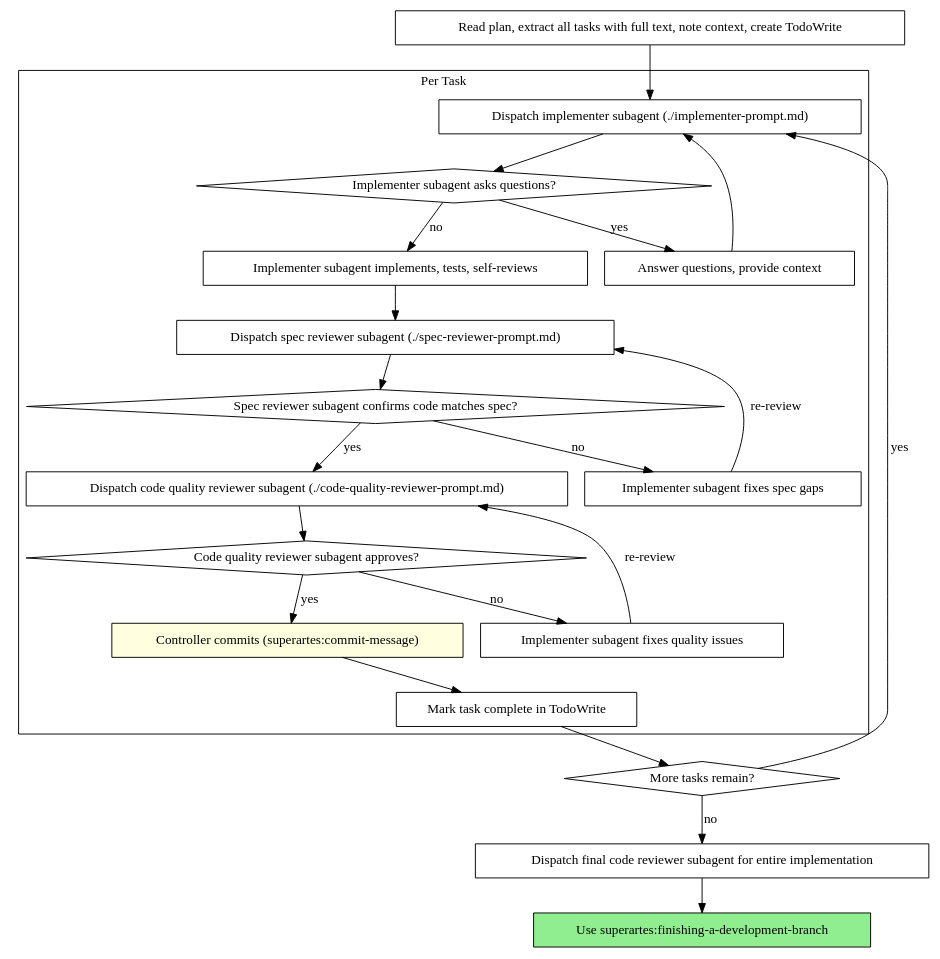
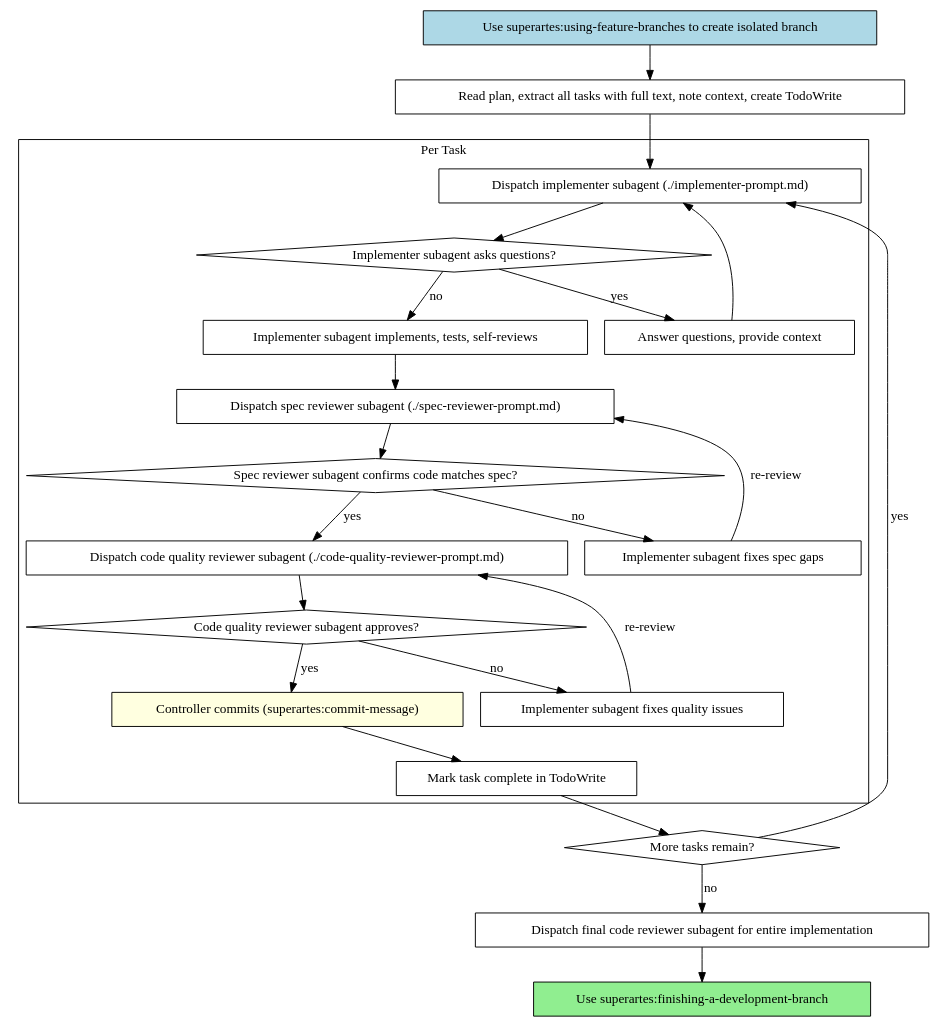
The second of 2 diagrams in skills/subagent-driven-development/SKILL.md (andybrandt/superartes), drawn with Graphviz before and after one commit. The commit also changed other lines of this file and 13 other files, not shown here.

````diff
--- a/skills/subagent-driven-development/SKILL.md
+++ b/skills/subagent-driven-development/SKILL.md
@@ -44,46 +44,48 @@
 ```dot
 digraph process {
     rankdir=TB;
 
     subgraph cluster_per_task {
         label="Per Task";
         "Dispatch implementer subagent (./implementer-prompt.md)" [shape=box];
         "Implementer subagent asks questions?" [shape=diamond];
         "Answer questions, provide context" [shape=box];
         "Implementer subagent implements, tests, self-reviews" [shape=box];
         "Dispatch spec reviewer subagent (./spec-reviewer-prompt.md)" [shape=box];
         "Spec reviewer subagent confirms code matches spec?" [shape=diamond];
         "Implementer subagent fixes spec gaps" [shape=box];
         "Dispatch code quality reviewer subagent (./code-quality-reviewer-prompt.md)" [shape=box];
         "Code quality reviewer subagent approves?" [shape=diamond];
         "Implementer subagent fixes quality issues" [shape=box];
         "Controller commits (superartes:commit-message)" [shape=box style=filled fillcolor=lightyellow];
         "Mark task complete in TodoWrite" [shape=box];
     }
 
+    "Use superartes:using-feature-branches to create isolated branch" [shape=box style=filled fillcolor=lightblue];
     "Read plan, extract all tasks with full text, note context, create TodoWrite" [shape=box];
     "More tasks remain?" [shape=diamond];
     "Dispatch final code reviewer subagent for entire implementation" [shape=box];
     "Use superartes:finishing-a-development-branch" [shape=box style=filled fillcolor=lightgreen];
 
+    "Use superartes:using-feature-branches to create isolated branch" -> "Read plan, extract all tasks with full text, note context, create TodoWrite";
     "Read plan, extract all tasks with full text, note context, create TodoWrite" -> "Dispatch implementer subagent (./implementer-prompt.md)";
     "Dispatch implementer subagent (./implementer-prompt.md)" -> "Implementer subagent asks questions?";
     "Implementer subagent asks questions?" -> "Answer questions, provide context" [label="yes"];
     "Answer questions, provide context" -> "Dispatch implementer subagent (./implementer-prompt.md)";
     "Implementer subagent asks questions?" -> "Implementer subagent implements, tests, self-reviews" [label="no"];
     "Implementer subagent implements, tests, self-reviews" -> "Dispatch spec reviewer subagent (./spec-reviewer-prompt.md)";
     "Dispatch spec reviewer subagent (./spec-reviewer-prompt.md)" -> "Spec reviewer subagent confirms code matches spec?";
     "Spec reviewer subagent confirms code matches spec?" -> "Implementer subagent fixes spec gaps" [label="no"];
     "Implementer subagent fixes spec gaps" -> "Dispatch spec reviewer subagent (./spec-reviewer-prompt.md)" [label="re-review"];
     "Spec reviewer subagent confirms code matches spec?" -> "Dispatch code quality reviewer subagent (./code-quality-reviewer-prompt.md)" [label="yes"];
     "Dispatch code quality reviewer subagent (./code-quality-reviewer-prompt.md)" -> "Code quality reviewer subagent approves?";
     "Code quality reviewer subagent approves?" -> "Implementer subagent fixes quality issues" [label="no"];
     "Implementer subagent fixes quality issues" -> "Dispatch code quality reviewer subagent (./code-quality-reviewer-prompt.md)" [label="re-review"];
     "Code quality reviewer subagent approves?" -> "Controller commits (superartes:commit-message)" [label="yes"];
     "Controller commits (superartes:commit-message)" -> "Mark task complete in TodoWrite";
     "Mark task complete in TodoWrite" -> "More tasks remain?";
     "More tasks remain?" -> "Dispatch implementer subagent (./implementer-prompt.md)" [label="yes"];
     "More tasks remain?" -> "Dispatch final code reviewer subagent for entire implementation" [label="no"];
     "Dispatch final code reviewer subagent for entire implementation" -> "Use superartes:finishing-a-development-branch";
 }
 ```
````
